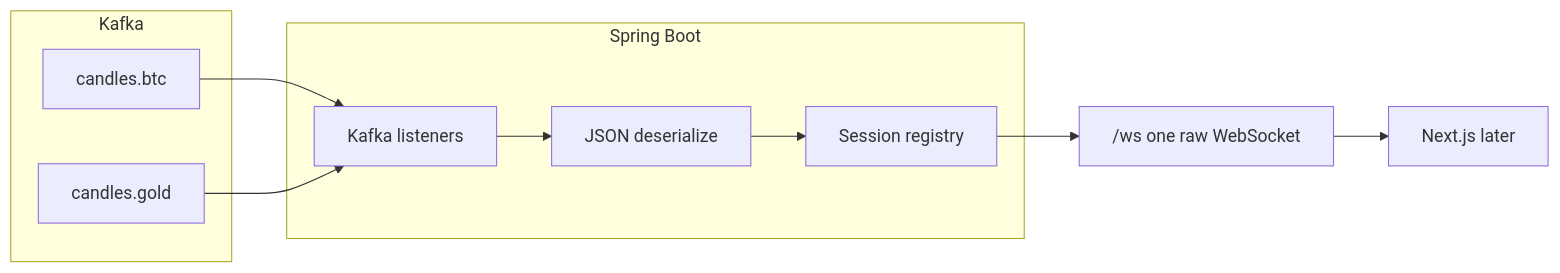
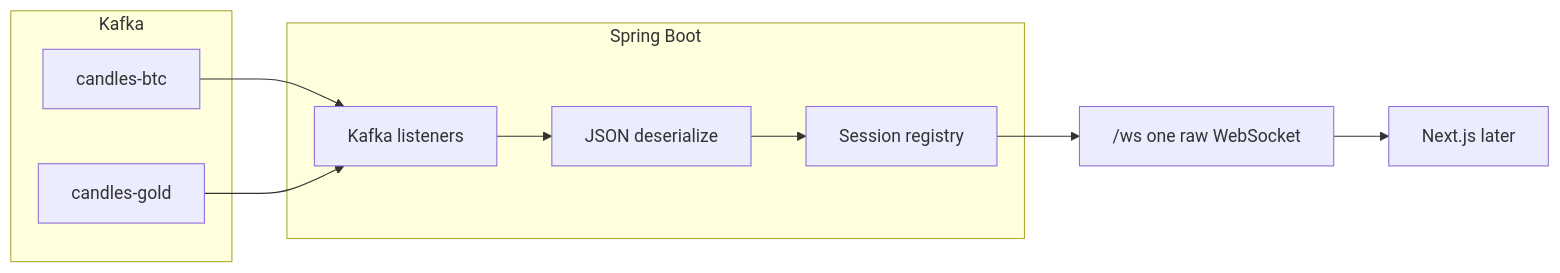
Before and after one commit to shehan-jayasinghe/ai_trading_bots: the first of 3 diagrams in docs/architecture/springboot/websocket/springboot-kafka-websocket.md, drawn with Mermaid. The commit also changed other lines of this file and 9 other files, not shown here.

````diff
--- a/docs/architecture/springboot/websocket/springboot-kafka-websocket.md
+++ b/docs/architecture/springboot/websocket/springboot-kafka-websocket.md
@@ -17,23 +17,23 @@
 ```mermaid
 flowchart LR
   subgraph kafka["Kafka"]
-    B[candles.btc]
-    G[candles.gold]
+    B[candles-btc]
+    G[candles-gold]
   end
 
   subgraph boot["Spring Boot"]
     C[Kafka listeners]
     D[JSON deserialize]
     R[Session registry]
   end
 
   WS["/ws  one raw WebSocket"]
   UI[Next.js later]
 
   B --> C
   G --> C
   C --> D
   D --> R
   R --> WS
   WS --> UI
 ```
````
